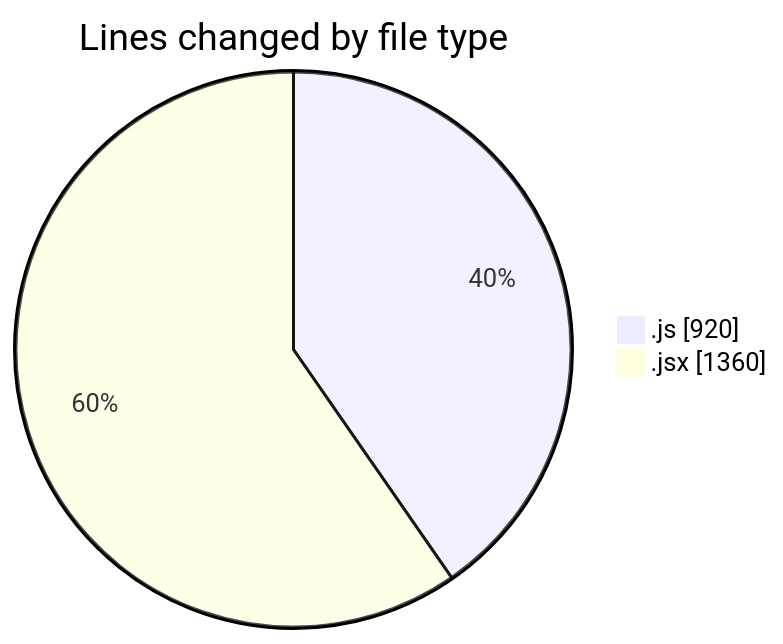
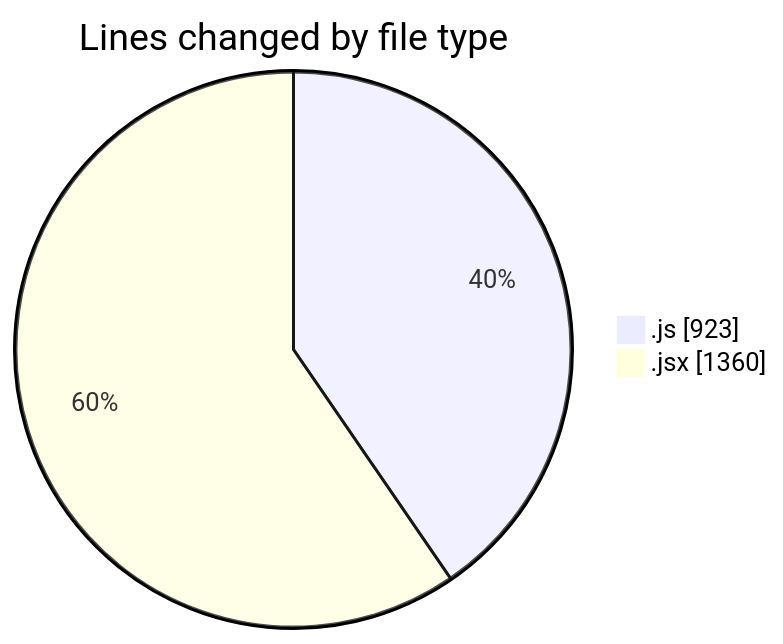
The first of 2 diagrams in 2025-07-23/nxtqube_webapp/README.md (nxtqubesakshisongat/code-tracking), drawn with Mermaid before and after one commit. The commit also changed other lines of this file and 1 other file, not shown here.

````diff
--- a/2025-07-23/nxtqube_webapp/README.md
+++ b/2025-07-23/nxtqube_webapp/README.md
@@ -22,6 +25,6 @@
 ```mermaid
 pie showData
 title Lines changed by file type
-".js" : 920
+".js" : 923
 ".jsx" : 1360
 ```
````
